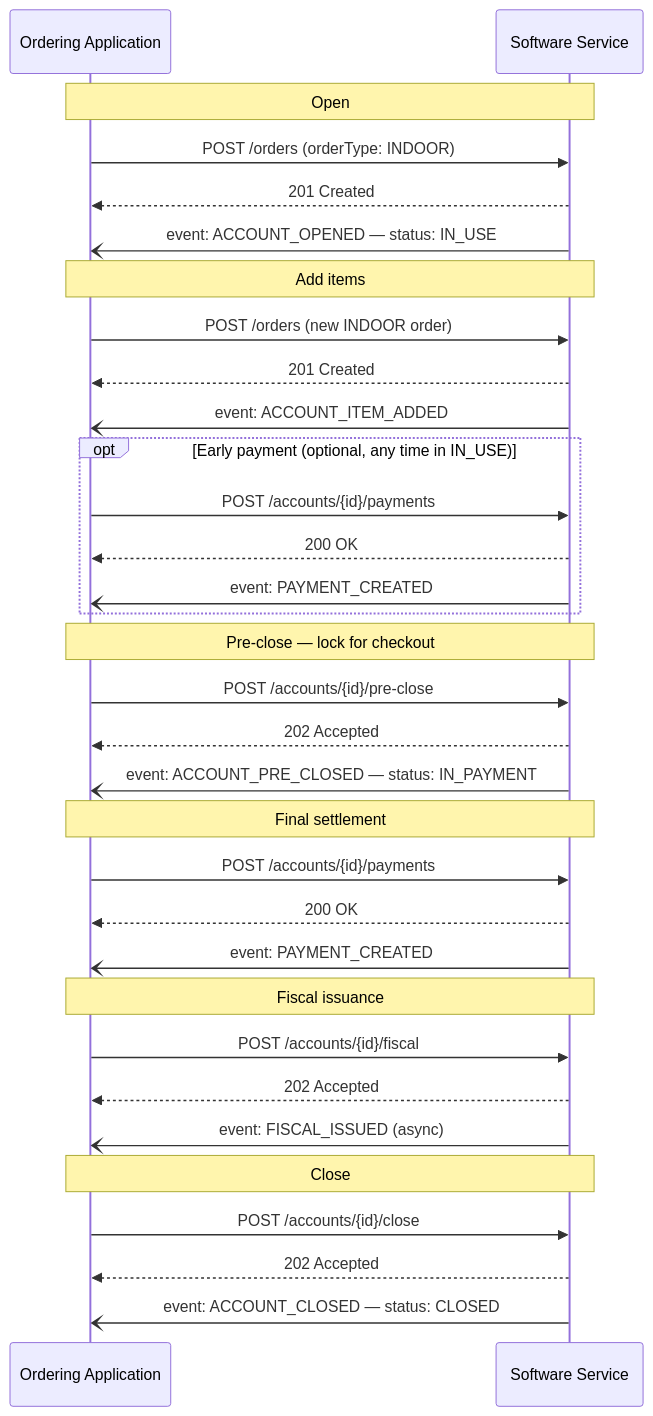
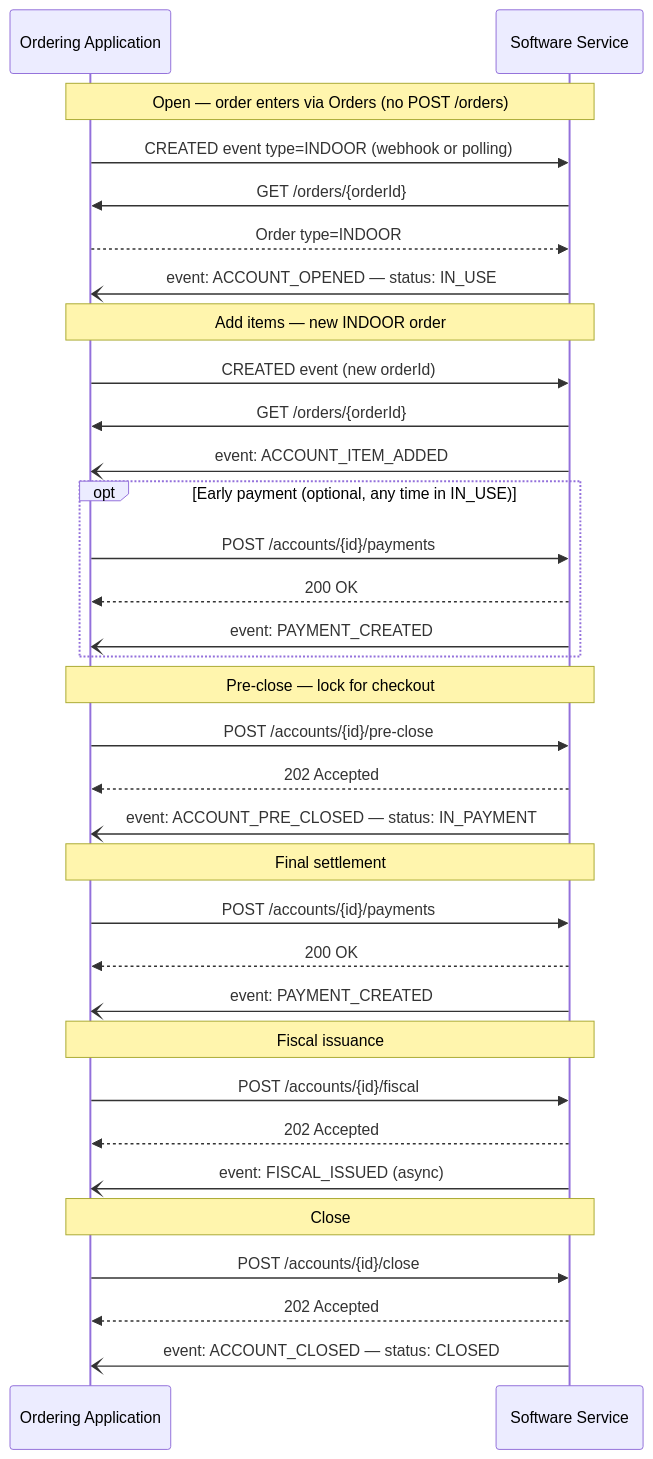
The second of 7 diagrams in docs/protocol/indoor.en.md (Abrasel-Nacional/opendelivery-v2), drawn with Mermaid before and after one commit. The commit also changed other lines of this file and 230 other files, not shown here.

````diff
--- a/docs/protocol/indoor.en.md
+++ b/docs/protocol/indoor.en.md
@@ -255,41 +325,42 @@
 ```mermaid
 sequenceDiagram
-    participant OA as Ordering Application
-    participant SS as Software Service
+ participant OA as Ordering Application
+ participant SS as Software Service
 
-    Note over OA,SS: Open
-    OA->>SS: POST /orders (orderType: INDOOR)
-    SS-->>OA: 201 Created
-    SS-)OA: event: ACCOUNT_OPENED — status: IN_USE
+ Note over OA,SS: Open — order enters via Orders (no POST /orders)
+ OA->>SS: CREATED event type=INDOOR (webhook or polling)
+ SS->>OA: GET /orders/{orderId}
+ OA-->>SS: Order type=INDOOR
+ SS-)OA: event: ACCOUNT_OPENED — status: IN_USE
 
-    Note over OA,SS: Add items
-    OA->>SS: POST /orders (new INDOOR order)
-    SS-->>OA: 201 Created
-    SS-)OA: event: ACCOUNT_ITEM_ADDED
+ Note over OA,SS: Add items — new INDOOR order
+ OA->>SS: CREATED event (new orderId)
+ SS->>OA: GET /orders/{orderId}
+ SS-)OA: event: ACCOUNT_ITEM_ADDED
 
-    opt Early payment (optional, any time in IN_USE)
-        OA->>SS: POST /accounts/{id}/payments
-        SS-->>OA: 200 OK
-        SS-)OA: event: PAYMENT_CREATED
-    end
+ opt Early payment (optional, any time in IN_USE)
+ OA->>SS: POST /accounts/{id}/payments
+ SS-->>OA: 200 OK
+ SS-)OA: event: PAYMENT_CREATED
+ end
 
-    Note over OA,SS: Pre-close — lock for checkout
-    OA->>SS: POST /accounts/{id}/pre-close
-    SS-->>OA: 202 Accepted
-    SS-)OA: event: ACCOUNT_PRE_CLOSED — status: IN_PAYMENT
+ Note over OA,SS: Pre-close — lock for checkout
+ OA->>SS: POST /accounts/{id}/pre-close
+ SS-->>OA: 202 Accepted
+ SS-)OA: event: ACCOUNT_PRE_CLOSED — status: IN_PAYMENT
 
-    Note over OA,SS: Final settlement
-    OA->>SS: POST /accounts/{id}/payments
-    SS-->>OA: 200 OK
-    SS-)OA: event: PAYMENT_CREATED
+ Note over OA,SS: Final settlement
+ OA->>SS: POST /accounts/{id}/payments
+ SS-->>OA: 200 OK
+ SS-)OA: event: PAYMENT_CREATED
 
-    Note over OA,SS: Fiscal issuance
-    OA->>SS: POST /accounts/{id}/fiscal
-    SS-->>OA: 202 Accepted
-    SS-)OA: event: FISCAL_ISSUED (async)
+ Note over OA,SS: Fiscal issuance
+ OA->>SS: POST /accounts/{id}/fiscal
+ SS-->>OA: 202 Accepted
+ SS-)OA: event: FISCAL_ISSUED (async)
 
-    Note over OA,SS: Close
-    OA->>SS: POST /accounts/{id}/close
-    SS-->>OA: 202 Accepted
-    SS-)OA: event: ACCOUNT_CLOSED — status: CLOSED
+ Note over OA,SS: Close
+ OA->>SS: POST /accounts/{id}/close
+ SS-->>OA: 202 Accepted
+ SS-)OA: event: ACCOUNT_CLOSED — status: CLOSED
 ```
````
